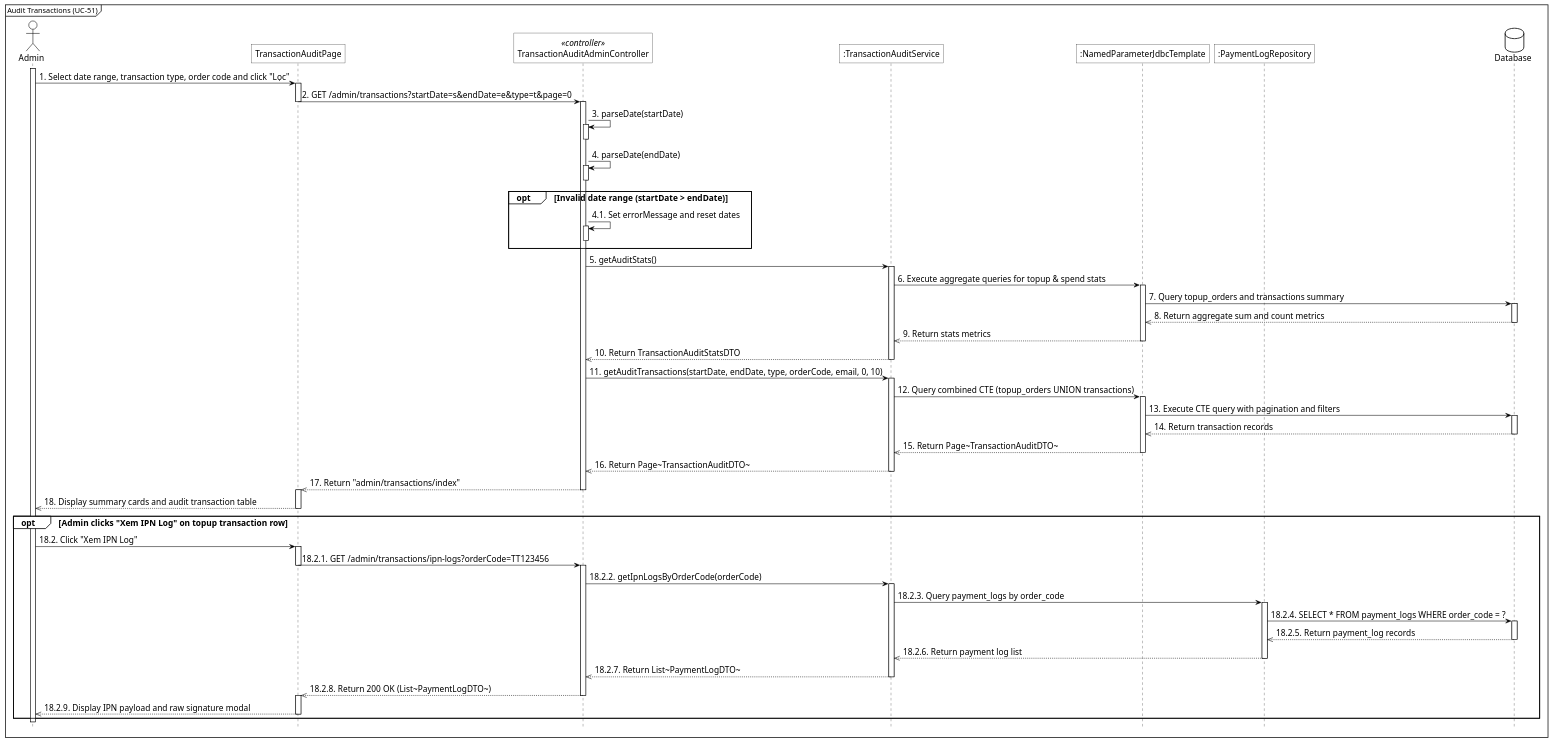
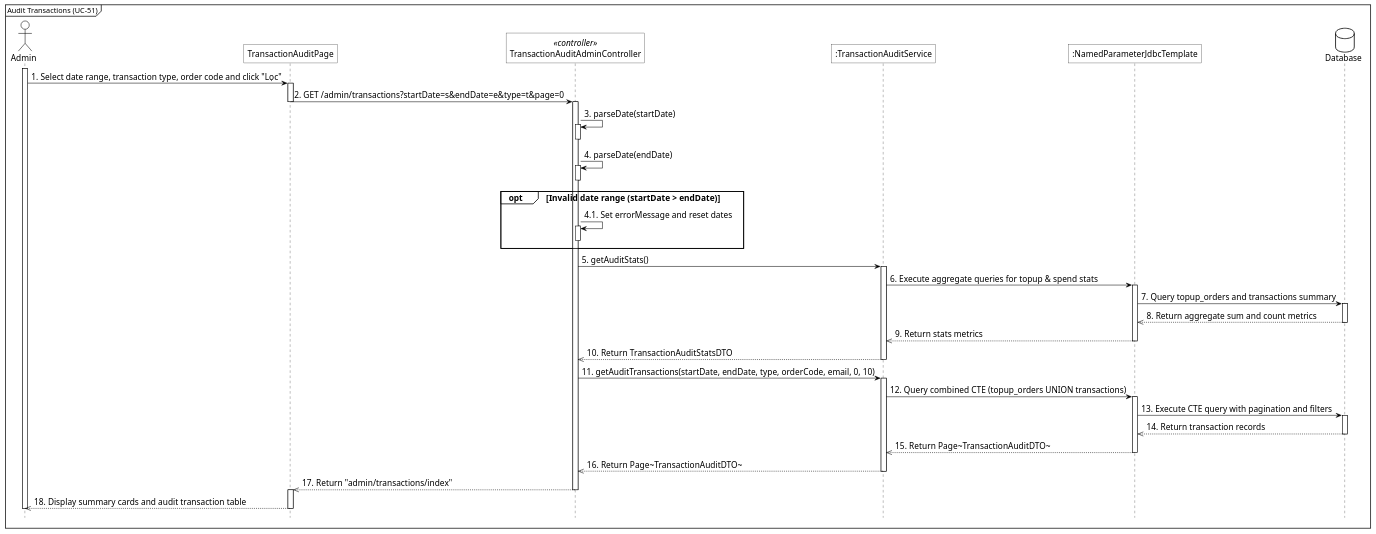
The diagram in docs/diagrams/sequence_plantuml_renumbered/sq_audit_transactions.plantuml (Phuoctai228/tram-truyen), drawn with PlantUML before and after one commit. The commit also changed 14 other files, not shown here.

Commit message:
xoa IPN log

```diff
--- a/docs/diagrams/sequence_plantuml_renumbered/sq_audit_transactions.plantuml
+++ b/docs/diagrams/sequence_plantuml_renumbered/sq_audit_transactions.plantuml
@@ -1,118 +1,97 @@
 @startuml sq_audit_transactions
 <style>
     sequenceDiagram{
         FontSize 16
         LineColor black
 
         arrow {
             ' Set the maximum width of the text on arrows
             MaximumWidth 300
             LineColor black
         }
         actor{
             BackgroundColor white
             LineColor black
             LineThickness 1.0
         }
         participant{
             BackgroundColor white
             LineColor black
             RoundCorner 0
         }
         database{
             BackgroundColor white
             LineColor black
         }
         lifeLine{
             LineColor black
         }
         group{
             LineColor black
         }
         groupHeader{
             BackgroundColor white
             LineColor black
         }
         referenceHeader{
             BackgroundColor white
             LineColor black
         }
         reference{
             BackgroundColor white
             LineColor black
         }
     }
 </style>
 
 hide footbox
 mainframe Audit Transactions (UC-51)
 
 actor Admin as adm
 participant "TransactionAuditPage" as view
 participant "TransactionAuditAdminController" as ctrl <<controller>>
 participant ":TransactionAuditService" as svc
 participant ":NamedParameterJdbcTemplate" as jdbc
-participant ":PaymentLogRepository" as log_repo
 database Database as db
 
 adm ++
 
 adm -> view++:1. Select date range, transaction type, order code and click "Lọc"
 view -> ctrl--:2. GET /admin/transactions?startDate=s&endDate=e&type=t&page=0
 activate ctrl
 
 ctrl -> ctrl++:3. parseDate(startDate)
 ctrl--
 
 ctrl -> ctrl++:4. parseDate(endDate)
 ctrl--
 
 opt Invalid date range (startDate > endDate)
     ctrl -> ctrl++:4.1. Set errorMessage and reset dates
     ctrl--
 end
 
 ctrl -> svc++:5. getAuditStats()
 svc -> jdbc++:6. Execute aggregate queries for topup & spend stats
 jdbc -> db++:7. Query topup_orders and transactions summary
 db -->> jdbc:8. Return aggregate sum and count metrics
 db--
 jdbc -->> svc--:9. Return stats metrics
 svc -->> ctrl--:10. Return TransactionAuditStatsDTO
 
 ctrl -> svc++:11. getAuditTransactions(startDate, endDate, type, orderCode, email, 0, 10)
 svc -> jdbc++:12. Query combined CTE (topup_orders UNION transactions)
 jdbc -> db++:13. Execute CTE query with pagination and filters
 db -->> jdbc:14. Return transaction records
 db--
 jdbc -->> svc--:15. Return Page~TransactionAuditDTO~
 svc -->> ctrl--:16. Return Page~TransactionAuditDTO~
 
 ctrl -->> view--:17. Return "admin/transactions/index"
 activate view
 view -->> adm:18. Display summary cards and audit transaction table
 deactivate view
 
-opt Admin clicks "Xem IPN Log" on topup transaction row
-    adm -> view++:18.2. Click "Xem IPN Log"
-    view -> ctrl--:18.2.1. GET /admin/transactions/ipn-logs?orderCode=TT123456
-    activate ctrl
-
-    ctrl -> svc++:18.2.2. getIpnLogsByOrderCode(orderCode)
-    svc -> log_repo++:18.2.3. Query payment_logs by order_code
-    log_repo -> db++:18.2.4. SELECT * FROM payment_logs WHERE order_code = ?
-    db -->> log_repo:18.2.5. Return payment_log records
-    db--
-    log_repo -->> svc--:18.2.6. Return payment log list
-    svc -->> ctrl--:18.2.7. Return List~PaymentLogDTO~
-
-    ctrl -->> view--:18.2.8. Return 200 OK (List~PaymentLogDTO~)
-    activate view
-    view -->> adm:18.2.9. Display IPN payload and raw signature modal
-    deactivate view
-end
-
-deactivate ctrl
 deactivate adm
 
 @enduml
```
